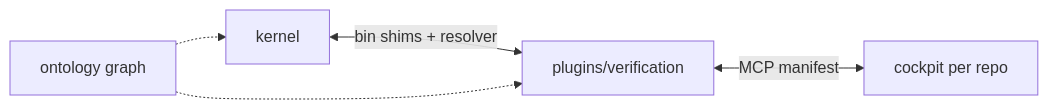
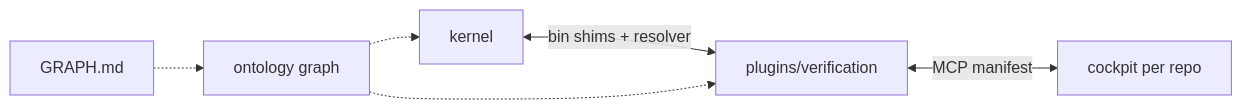
One commit to p10ns11y/shellyxz.sh changed the diagram in arch-design/coming-next.md. Above: the diagram before and after it, drawn with Mermaid. The commit also changed other lines of this file and 3 other files, not shown here.

````diff
--- a/arch-design/coming-next.md
+++ b/arch-design/coming-next.md
@@ -33,7 +33,8 @@
 ```mermaid
 flowchart LR
   K[kernel] <-->|bin shims + resolver| P[plugins/verification]
   P <-->|MCP manifest| C[cockpit per repo]
   O[ontology graph] -.-> K
   O -.-> P
+  G[GRAPH.md] -.-> O
 ```
````
